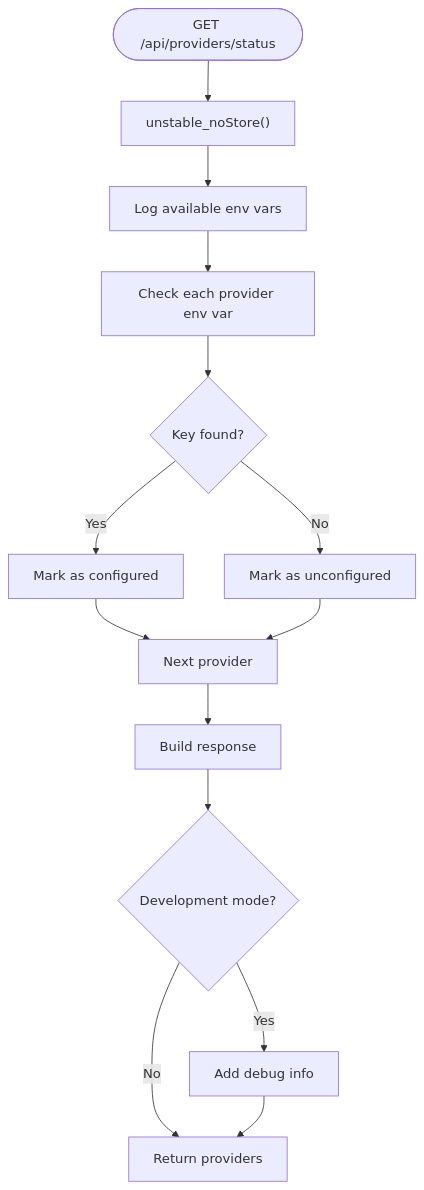
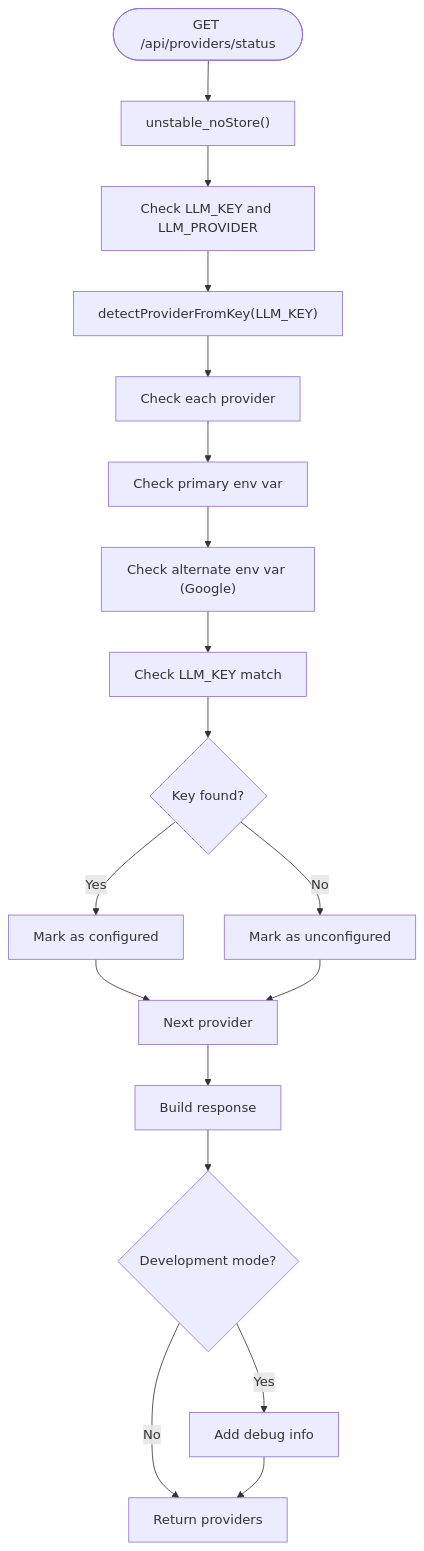
Diagram 11 of 12 in .qoder/repowiki/en/content/Architecture & Design/Layered Architecture/Integration Layer/AI Provider Adapters.md (shekhargiri005-dotcom/AI-powered-accessibility-first-UI-engine), drawn with Mermaid before and after one commit. The commit also changed other lines of this file and 20 other files, not shown here.

````diff
--- a/.qoder/repowiki/en/content/Architecture & Design/Layered Architecture/Integration Layer/AI Provider Adapters.md
+++ b/.qoder/repowiki/en/content/Architecture & Design/Layered Architecture/Integration Layer/AI Provider Adapters.md
@@ -452,16 +473,20 @@
 ```mermaid
 flowchart TD
 Start(["GET /api/providers/status"]) --> NoStore["unstable_noStore()"]
-NoStore --> Debug["Log available env vars"]
-Debug --> Check["Check each provider env var"]
-Check --> Configured{"Key found?"}
+NoStore --> CheckLLM["Check LLM_KEY and LLM_PROVIDER"]
+CheckLLM --> Detect["detectProviderFromKey(LLM_KEY)"]
+Detect --> StatusLoop["Check each provider"]
+StatusLoop --> Primary["Check primary env var"]
+Primary --> Alt["Check alternate env var (Google)"]
+Alt --> Universal["Check LLM_KEY match"]
+Universal --> Configured{"Key found?"}
 Configured -- Yes --> Mark["Mark as configured"]
 Configured -- No --> Skip["Mark as unconfigured"]
 Mark --> Next["Next provider"]
 Skip --> Next
 Next --> Done["Build response"]
 Done --> DebugInfo{"Development mode?"}
 DebugInfo -- Yes --> AddDebug["Add debug info"]
 DebugInfo -- No --> Return["Return providers"]
 AddDebug --> Return
 ```
````
